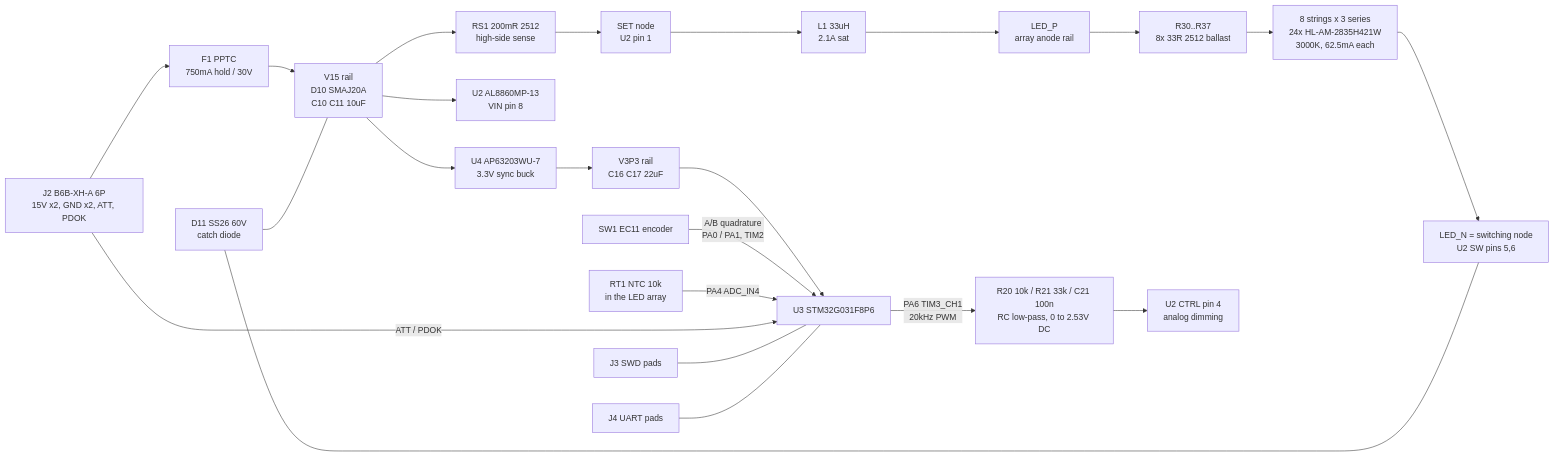
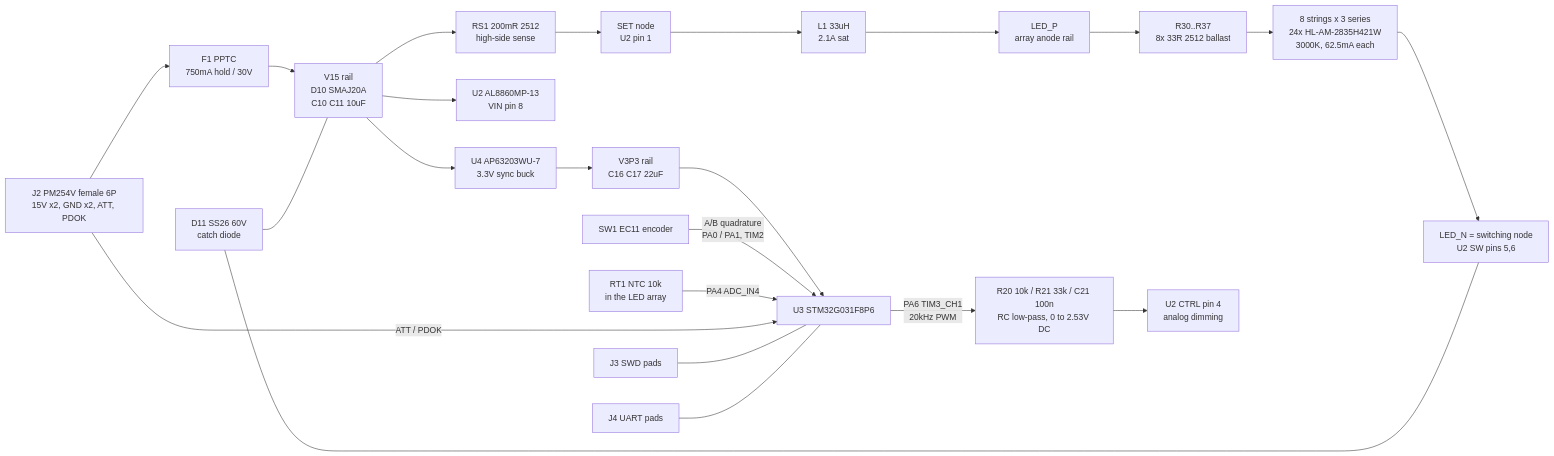
Before and after one commit to Takazudo/zudo-led-lamp: the diagram in doc/src/content/docs/architecture/board-l.mdx, drawn with Mermaid. The commit also changed other lines of this file and 101 other files, not shown here.

````diff
--- a/doc/src/content/docs/architecture/board-l.mdx
+++ b/doc/src/content/docs/architecture/board-l.mdx
@@ -13,47 +13,47 @@
 ```mermaid
 flowchart LR;
-  J2["J2 B6B-XH-A 6P\n15V x2, GND x2, ATT, PDOK"];
+  J2["J2 PM254V female 6P\n15V x2, GND x2, ATT, PDOK"];
   F1["F1 PPTC\n750mA hold / 30V"];
   V15["V15 rail\nD10 SMAJ20A\nC10 C11 10uF"];
   RS1["RS1 200mR 2512\nhigh-side sense"];
   U2["U2 AL8860MP-13\nVIN pin 8"];
   SETN["SET node\nU2 pin 1"];
   L1["L1 33uH\n2.1A sat"];
   LEDP["LED_P\narray anode rail"];
   BAL["R30..R37\n8x 33R 2512 ballast"];
   STR["8 strings x 3 series\n24x HL-AM-2835H421W\n3000K, 62.5mA each"];
   LEDN["LED_N = switching node\nU2 SW pins 5,6"];
   D11["D11 SS26 60V\ncatch diode"];
   U4["U4 AP63203WU-7\n3.3V sync buck"];
   V33["V3P3 rail\nC16 C17 22uF"];
   U3["U3 STM32G031F8P6"];
   SW1["SW1 EC11 encoder"];
   RT1["RT1 NTC 10k\nin the LED array"];
   RCF["R20 10k / R21 33k / C21 100n\nRC low-pass, 0 to 2.53V DC"];
   CTRL["U2 CTRL pin 4\nanalog dimming"];
   J3["J3 SWD pads"];
   J4["J4 UART pads"];
 
   J2 --> F1;
   F1 --> V15;
   V15 --> RS1;
   V15 --> U2;
   RS1 --> SETN;
   SETN --> L1;
   L1 --> LEDP;
   LEDP --> BAL;
   BAL --> STR;
   STR --> LEDN;
   D11 --- LEDN;
   D11 --- V15;
   V15 --> U4;
   U4 --> V33;
   V33 --> U3;
   SW1 -->|"A/B quadrature\nPA0 / PA1, TIM2"| U3;
   RT1 -->|"PA4 ADC_IN4"| U3;
   J2 -->|"ATT / PDOK"| U3;
   U3 -->|"PA6 TIM3_CH1\n20kHz PWM"| RCF;
   RCF --> CTRL;
   J3 --- U3;
   J4 --- U3;
 ```
````
